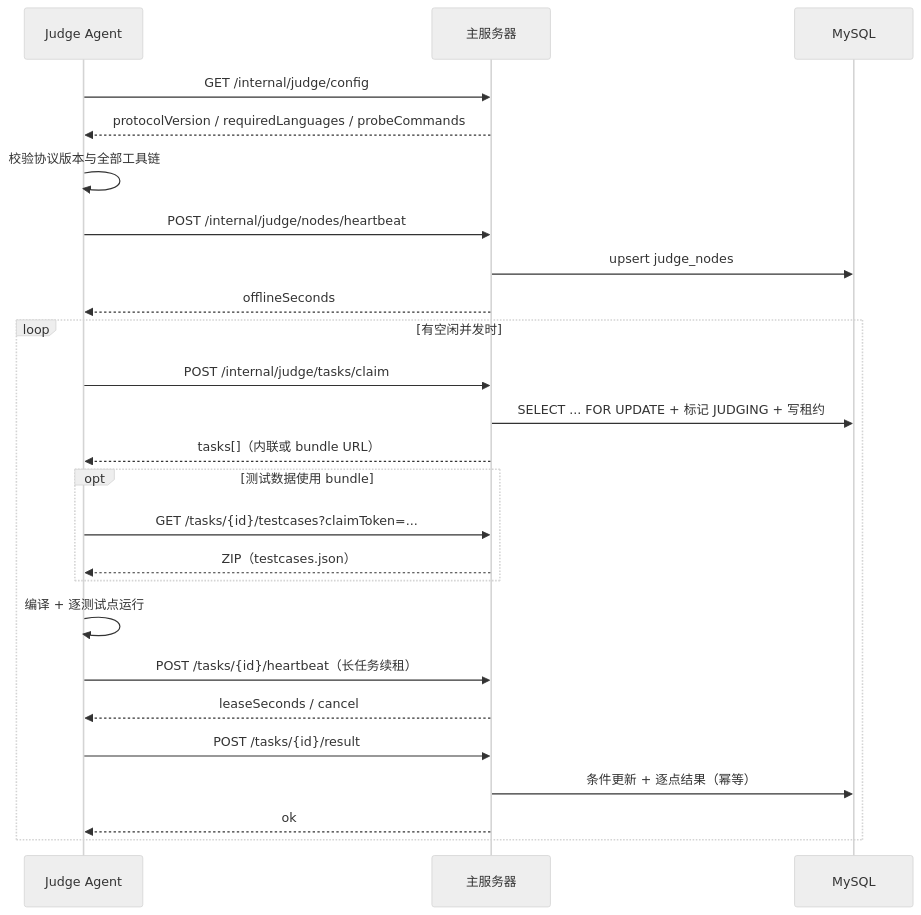
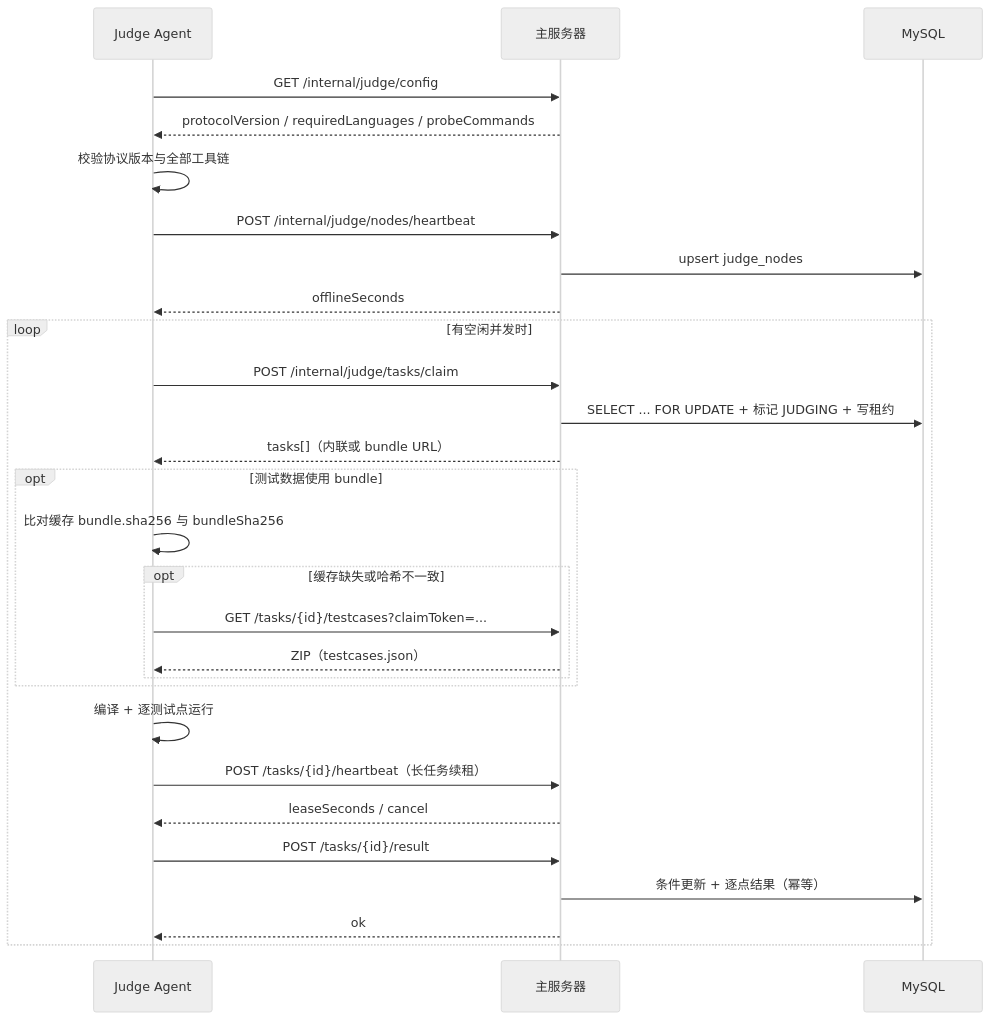
Before and after one commit to yucccxi/iOJ: the diagram in docs/api/judge/README.md, drawn with Mermaid (neutral theme). The commit also changed other lines of this file and 8 other files, not shown here.

````diff
--- a/docs/api/judge/README.md
+++ b/docs/api/judge/README.md
@@ -32,28 +32,31 @@
 ```mermaid
 sequenceDiagram
     participant A as Judge Agent
     participant S as 主服务器
     participant DB as MySQL
 
     A->>S: GET /internal/judge/config
     S-->>A: protocolVersion / requiredLanguages / probeCommands
     A->>A: 校验协议版本与全部工具链
     A->>S: POST /internal/judge/nodes/heartbeat
     S->>DB: upsert judge_nodes
     S-->>A: offlineSeconds
     loop 有空闲并发时
         A->>S: POST /internal/judge/tasks/claim
         S->>DB: SELECT ... FOR UPDATE + 标记 JUDGING + 写租约
         S-->>A: tasks[]（内联或 bundle URL）
         opt 测试数据使用 bundle
-            A->>S: GET /tasks/{id}/testcases?claimToken=...
-            S-->>A: ZIP（testcases.json）
+            A->>A: 比对缓存 bundle.sha256 与 bundleSha256
+            opt 缓存缺失或哈希不一致
+                A->>S: GET /tasks/{id}/testcases?claimToken=...
+                S-->>A: ZIP（testcases.json）
+            end
         end
         A->>A: 编译 + 逐测试点运行
         A->>S: POST /tasks/{id}/heartbeat（长任务续租）
         S-->>A: leaseSeconds / cancel
         A->>S: POST /tasks/{id}/result
         S->>DB: 条件更新 + 逐点结果（幂等）
         S-->>A: ok
     end
 ```
````
